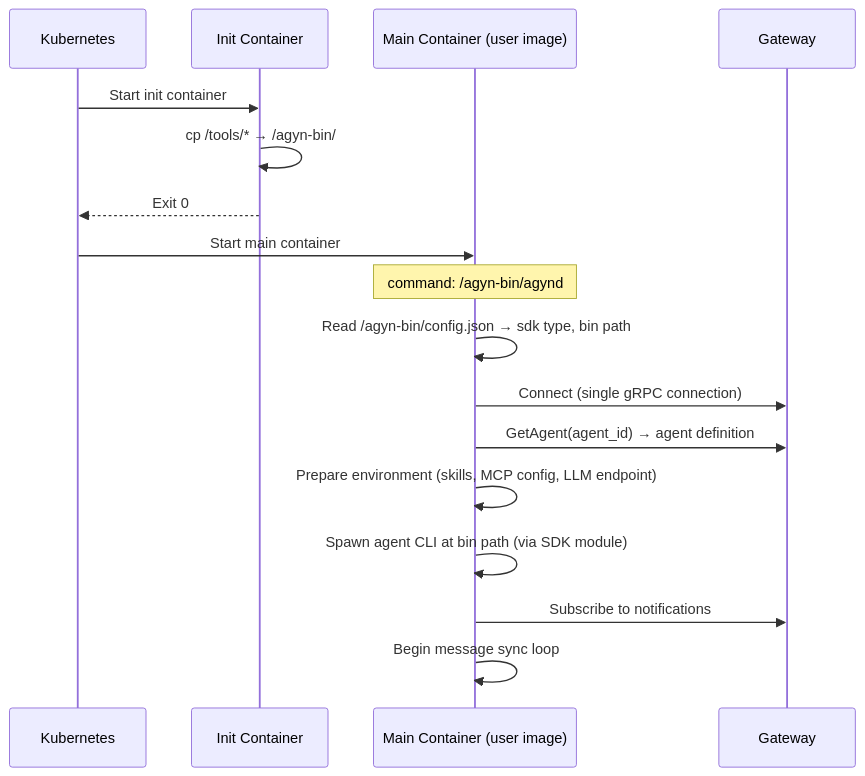
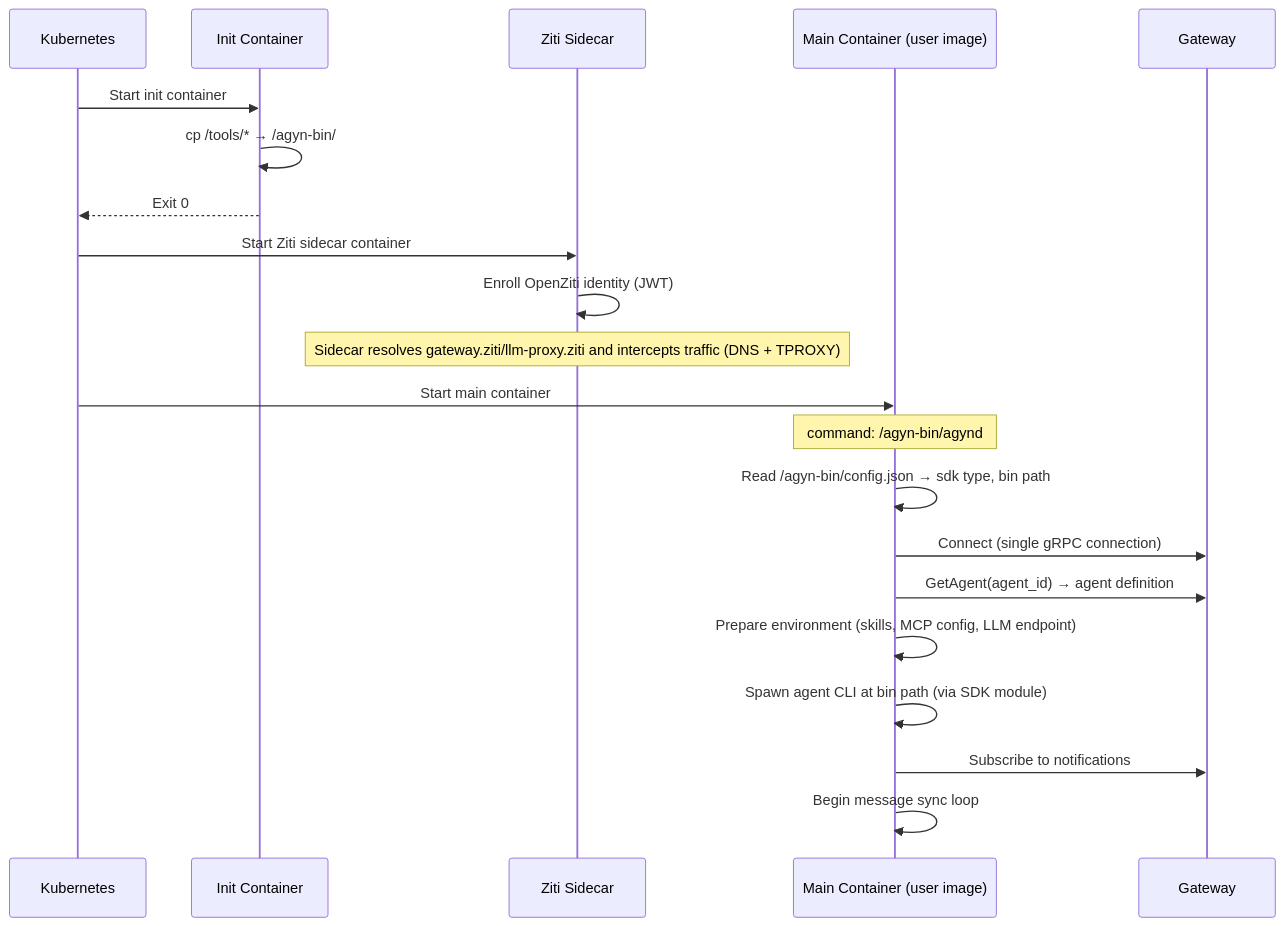
Before and after one commit to agynio/architecture: the second of 2 diagrams in architecture/agent-init.md, drawn with Mermaid. The commit also changed other lines of this file and 11 other files, not shown here.

First line of the commit message:
fix: agent containers use Ziti sidecar instead of embedded SDK (#83)

````diff
--- a/architecture/agent-init.md
+++ b/architecture/agent-init.md
@@ -199,22 +199,27 @@
 ```mermaid
 sequenceDiagram
     participant K as Kubernetes
     participant IC as Init Container
+    participant ZS as Ziti Sidecar
     participant MC as Main Container (user image)
     participant GW as Gateway
 
     K->>IC: Start init container
     IC->>IC: cp /tools/* → /agyn-bin/
     IC-->>K: Exit 0
+
+    K->>ZS: Start Ziti sidecar container
+    ZS->>ZS: Enroll OpenZiti identity (JWT)
+    Note over ZS: Sidecar resolves gateway.ziti/llm-proxy.ziti and intercepts traffic (DNS + TPROXY)
 
     K->>MC: Start main container
     Note over MC: command: /agyn-bin/agynd
 
     MC->>MC: Read /agyn-bin/config.json → sdk type, bin path
     MC->>GW: Connect (single gRPC connection)
     MC->>GW: GetAgent(agent_id) → agent definition
     MC->>MC: Prepare environment (skills, MCP config, LLM endpoint)
     MC->>MC: Spawn agent CLI at bin path (via SDK module)
     MC->>GW: Subscribe to notifications
     MC->>MC: Begin message sync loop
 ```
````
